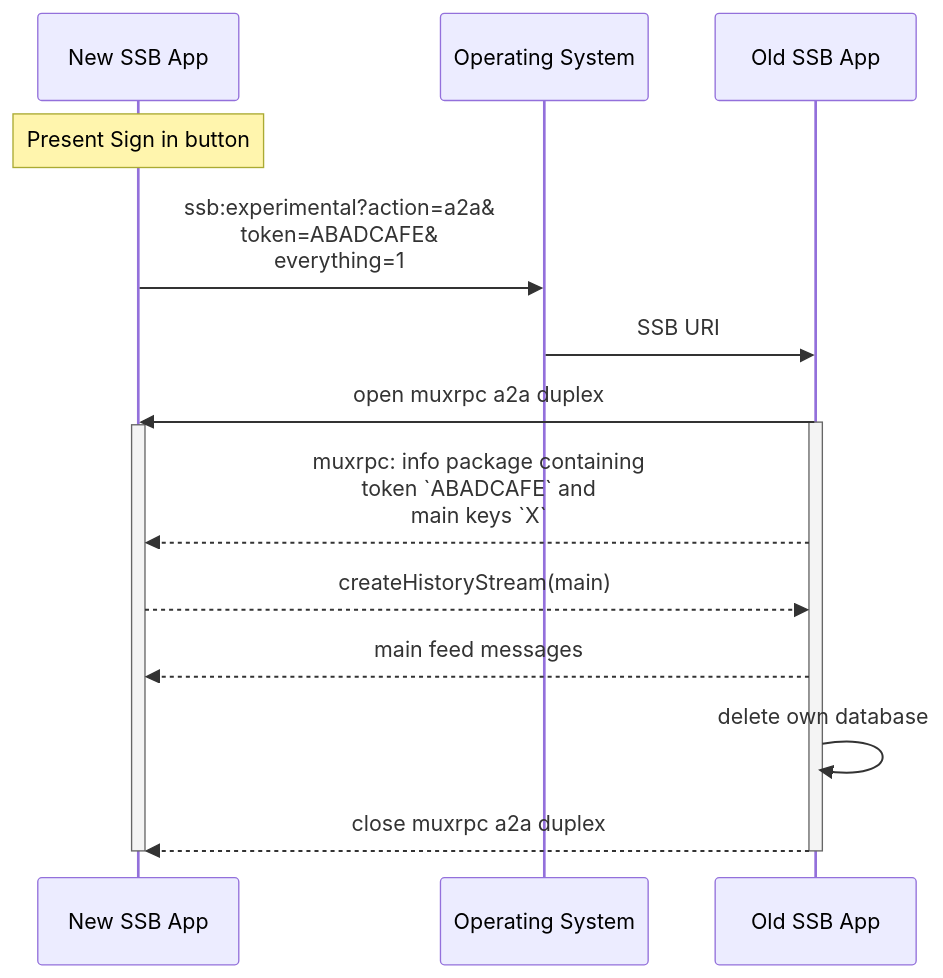
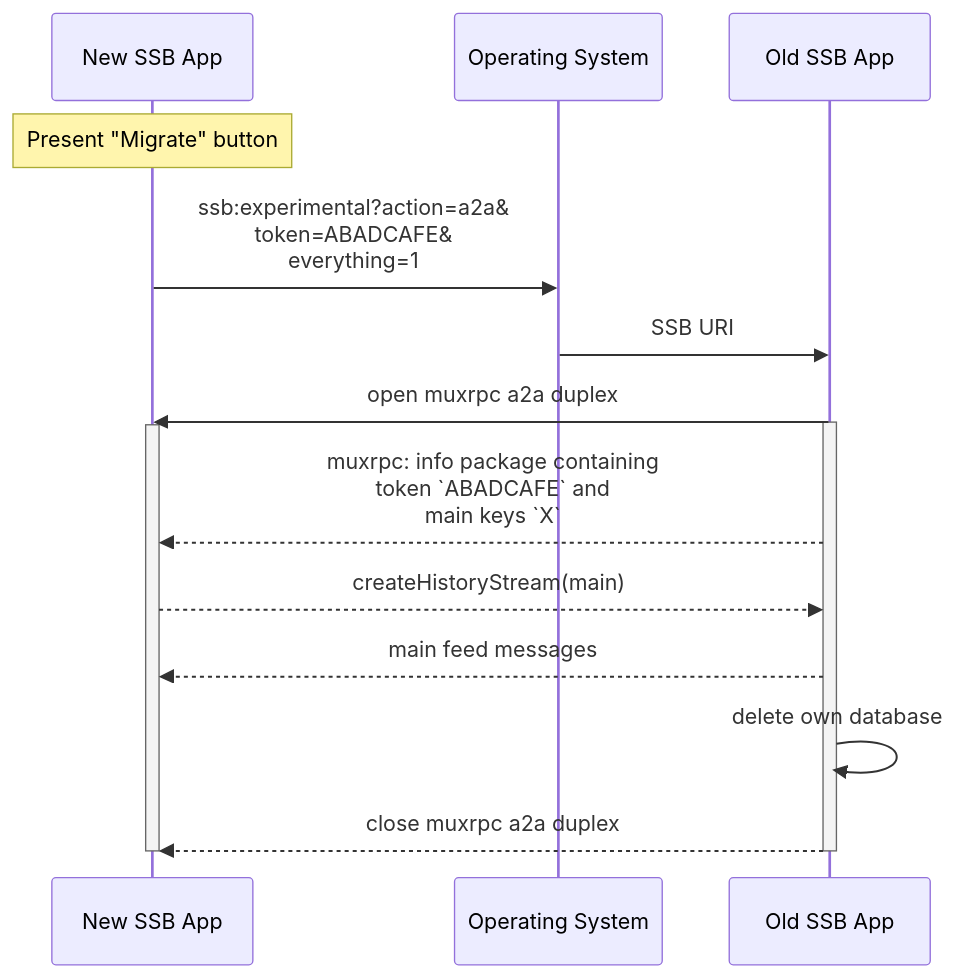
One commit to ssb-ngi-pointer/a2a-spec-archived changed the second of 3 diagrams in Examples.md. Above: the diagram before and after it, drawn with Mermaid. The commit also changed other lines of this file and 2 other files, not shown here.

````diff
--- a/Examples.md
+++ b/Examples.md
@@ -33,20 +33,20 @@
 ```mermaid
 sequenceDiagram
   participant new as New SSB App
   participant os as Operating System
   participant old as Old SSB App
 
-  Note over new: Present Sign in button
+  Note over new: Present "Migrate" button
   new->>os: ssb:experimental?action=a2a&<br/>token=ABADCAFE&<br/>everything=1
   os->>old: SSB URI
   old->>new: open muxrpc a2a duplex
   activate old
   activate new
   old-->>new: muxrpc: info package containing<br />token `ABADCAFE` and<br/> main keys `X`
   new-->>old: createHistoryStream(main)
   old-->>new: main feed messages
   old->>old: delete own database
   old-->>new: close muxrpc a2a duplex
   deactivate new
   deactivate old
 ```
````
